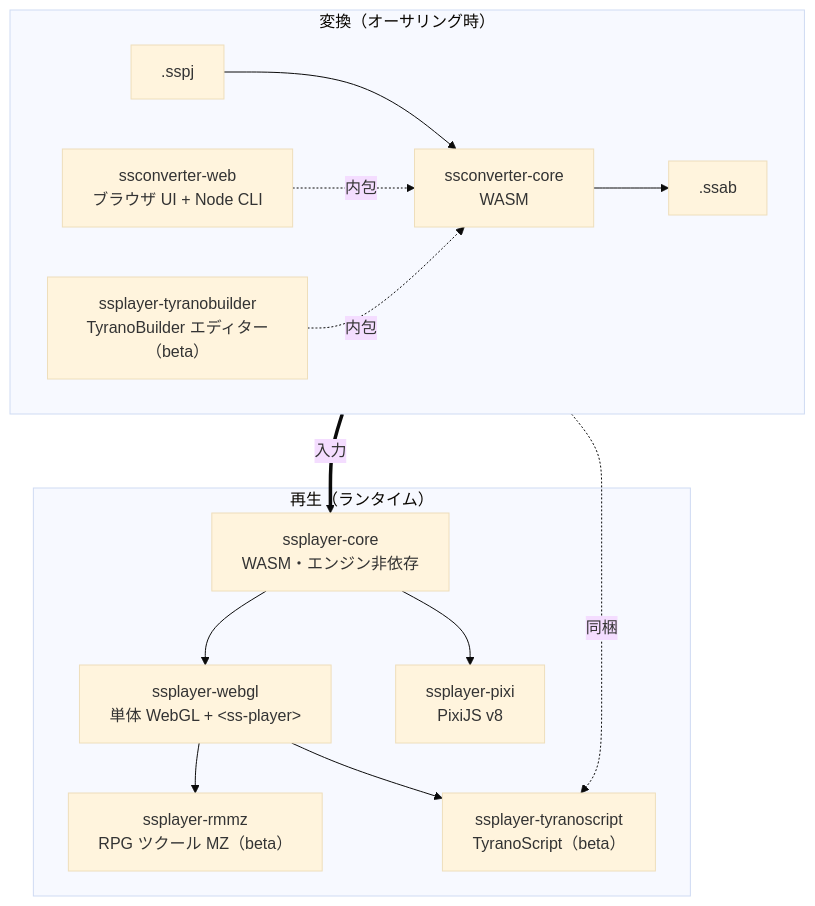
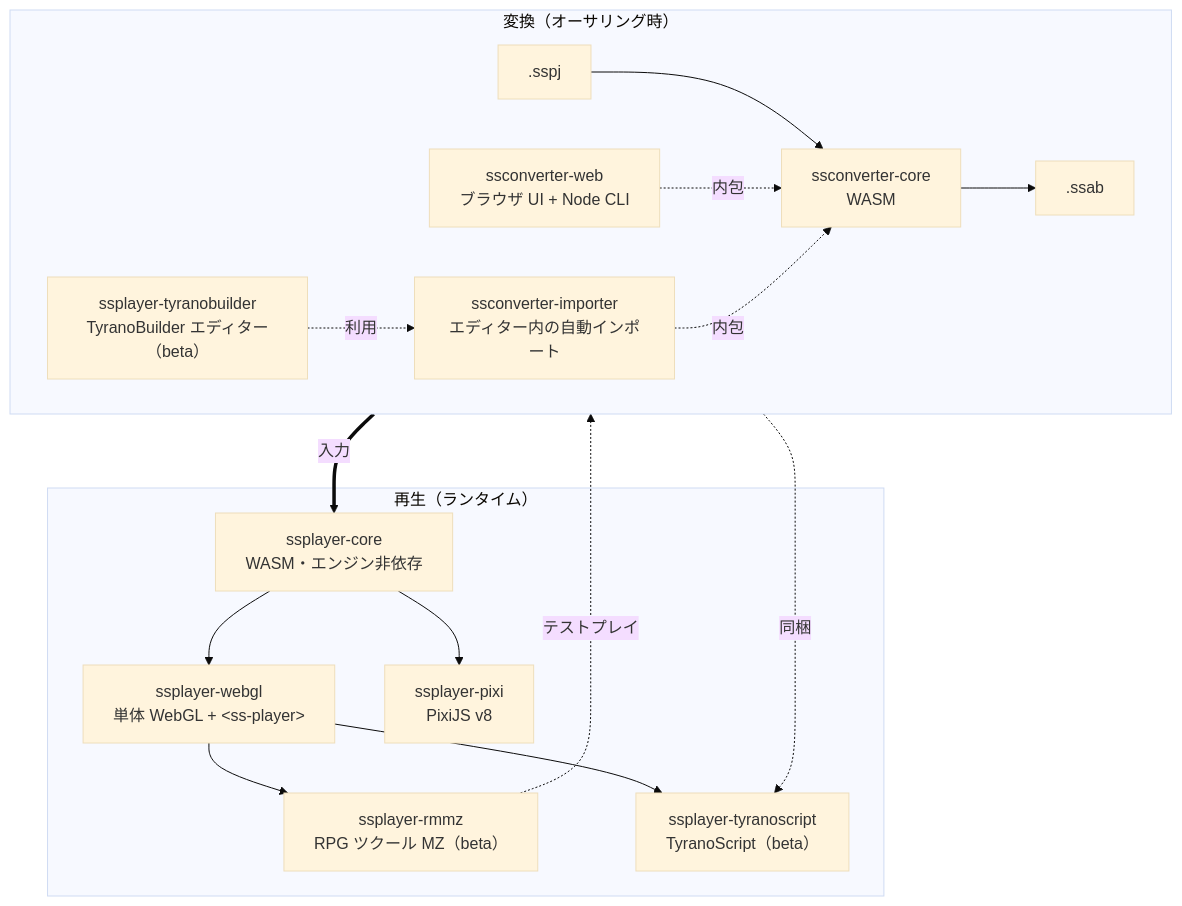
The diagram in README.ja.md (cri-middleware/SSPlayerForWeb), drawn with Mermaid (base theme) before and after one commit. The commit also changed other lines of this file and 1 other file, not shown here.

Commit message:
Show the shared auto-importer in the README's architecture diagram
The diagram drew TyranoBuilder wrapping ssconverter-core directly and
left ssconverter-importer out, and no README, CONTRIBUTING or AGENTS
linked to it, though it holds the state file, the freshness rule, the
Worker and the log that both TyranoBuilder (on project open) and the MZ
plugin (on test play) run. The diagram now has it between them and the
converter, and the converter paragraph says what it is for.

````diff
--- a/README.ja.md
+++ b/README.ja.md
@@ -98,24 +98,26 @@
 ```mermaid
 flowchart TD
     subgraph conv ["変換（オーサリング時）"]
         direction LR
         sspj[".sspj"] --> convcore["ssconverter-core<br/>WASM"] --> ssab[".ssab"]
         convweb["ssconverter-web<br/>ブラウザ UI + Node CLI"] -. 内包 .-> convcore
-        tyranob["ssplayer-tyranobuilder<br/>TyranoBuilder エディター（beta）"] -. 内包 .-> convcore
+        importer["ssconverter-importer<br/>エディター内の自動インポート"] -. 内包 .-> convcore
+        tyranob["ssplayer-tyranobuilder<br/>TyranoBuilder エディター（beta）"] -. 利用 .-> importer
     end
 
     subgraph play ["再生（ランタイム）"]
         core["ssplayer-core<br/>WASM・エンジン非依存"]
         webgl["ssplayer-webgl<br/>単体 WebGL + &lt;ss-player&gt;"]
         pixi["ssplayer-pixi<br/>PixiJS v8"]
         rmmz["ssplayer-rmmz<br/>RPG ツクール MZ（beta）"]
         tyrano["ssplayer-tyranoscript<br/>TyranoScript（beta）"]
         core --> webgl
         core --> pixi
         webgl --> rmmz
         webgl --> tyrano
     end
 
     tyranob -. 同梱 .-> tyrano
+    rmmz -. テストプレイ .-> importer
     ssab ==>|入力| core
 ```
````
